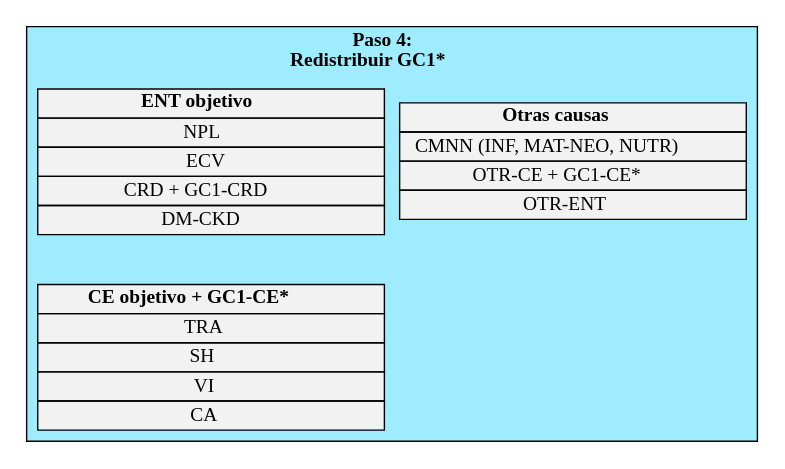
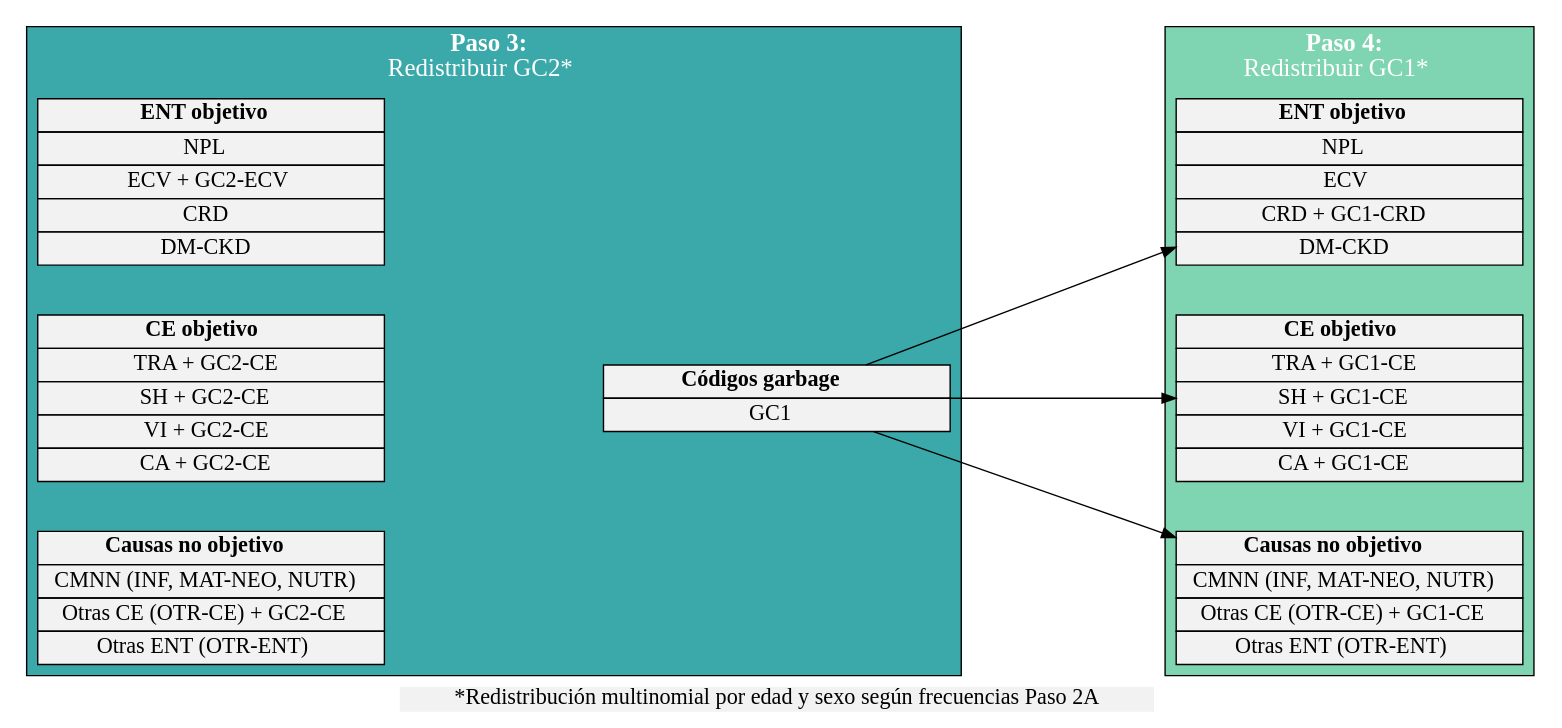
The fifth of 5 diagrams in index.qmd (datos-ine/power_recod_GC), drawn with Graphviz before and after one commit. The commit also changed other lines of this file and 37 other files, not shown here.

````diff
--- a/index.qmd
+++ b/index.qmd
@@ -737,10 +1040,10 @@
 ```{dot}
 //| id: Paso 4
 digraph G {
-    rankdir=LR
+  rankdir=LR
    graph[
-    fontsize = 14
-    fontname="Times-Roman"
+    fontsize = 18
+    fontname="Calibri"
     style = filled
     nodesep=.5
     ranksep=.15
@@ -751,28 +1054,104 @@
     shape = plain
     style = filled
     fillcolor="grey95"
-    fontsize = 14
-    fontname="Times-Roman"
+    fontsize = 16
+    fontname="Calibri"
     width=3.25
    ]
-   subgraph cluster_paso4{    
-    fillcolor= "#80E6FFBF"
-    label = <<b>Paso 4:<br/> Redistribuir GC1*</b>>
-    
-  ent4[label = <
+  
+  subgraph cluster_paso3{  
+    fillcolor=  "#3BA9AA"
+    fontcolor=white
+    label = <<b>Paso 3:</b><br/> Redistribuir GC2*>
+  
+    ent3[label = <
     <table border="0" cellborder = "1" cellspacing  ="0">
     <tr>
     <td width="250"><b>ENT objetivo</b></td>
     </tr>
     <tr>
     <td> NPL </td>
+    </tr>    
+    <tr>
+    <td> ECV + GC2-ECV </td>
     </tr>
     <tr>
-    <td> ECV</td>
+    <td> CRD </td>
+    </tr>    
+    <tr>
+    <td> DM-CKD </td>
+    </tr>
+    </table>
+    >]
+  
+    ce3[label = <
+    <table border="0" cellborder = "1" cellspacing  ="0">
+    <tr>
+    <td width="250"><b>CE objetivo </b></td>
     </tr>
     <tr>
-    <td> CRD + GC1-CRD</td>
+    <td> TRA + GC2-CE </td>
     </tr>
+    <tr>
+    <td> SH + GC2-CE </td>
+    </tr>    
+    <tr>
+    <td> VI + GC2-CE </td>
+    </tr> 
+    <tr>
+    <td> CA + GC2-CE </td>
+    </tr> 
+    </table>
+    >]
+  
+    otras3[label = <
+    <table border="0" cellborder = "1" cellspacing  ="0">
+    <tr>
+    <td width="250"><b>Causas no objetivo</b></td>
+    </tr>
+    <tr>
+    <td port="cmnn"> CMNN (INF, MAT-NEO, NUTR) </td>
+    </tr>
+    <tr>
+    <td> Otras CE (OTR-CE) + GC2-CE </td>
+    </tr>
+    <tr>
+    <td> Otras ENT (OTR-ENT) </td>
+    </tr>
+    </table>
+    >]
+  
+    gc3[label = <
+    <table border="0" cellborder = "1" cellspacing  ="0">
+    <tr>
+    <td width="250"><b>Códigos garbage</b></td>
+    </tr>
+    <tr>
+    <td> GC1 </td>
+    </tr>
+    </table>
+    >]
+   }
+
+   subgraph cluster_paso4{  
+    fillcolor=  "#7FD4B1"
+    fontcolor=white
+    label = <<b>Paso 4:</b><br/> Redistribuir GC1*>
+  
+    ent4[label = <
+    <table border="0" cellborder = "1" cellspacing  ="0">
+    <tr>
+    <td width="250"><b>ENT objetivo</b></td>
+    </tr>
+    <tr>
+    <td> NPL </td>
+    </tr>    
+    <tr>
+    <td> ECV </td>
+    </tr>
+    <tr>
+    <td> CRD + GC1-CRD </td>
+    </tr>    
     <tr>
     <td> DM-CKD </td>
     </tr>
@@ -782,41 +1161,46 @@
     ce4[label = <
     <table border="0" cellborder = "1" cellspacing  ="0">
     <tr>
-    <td width="250"><b>CE objetivo + GC1-CE*</b></td>
+    <td width="250"><b>CE objetivo </b></td>
     </tr>
     <tr>
-    <td> TRA </td>
+    <td> TRA + GC1-CE </td>
     </tr>
     <tr>
-    <td> SH </td>
-    </tr>
+    <td> SH + GC1-CE </td>
+    </tr>    
     <tr>
-    <td> VI </td>
-    </tr>
+    <td> VI + GC1-CE </td>
+    </tr> 
     <tr>
-    <td> CA </td>
-    </tr>
+    <td> CA + GC1-CE </td>
+    </tr> 
     </table>
     >]
   
     otras4[label = <
     <table border="0" cellborder = "1" cellspacing  ="0">
     <tr>
-    <td width="250"><b>Otras causas</b></td>
+    <td width="250"><b>Causas no objetivo</b></td>
     </tr>
     <tr>
-    <td port = "cmnn"> CMNN (INF, MAT-NEO, NUTR) </td>
+    <td port="cmnn"> CMNN (INF, MAT-NEO, NUTR) </td>
     </tr>
     <tr>
-    <td> OTR-CE + GC1-CE*</td>
+    <td> Otras CE (OTR-CE) + GC1-CE </td>
     </tr>
     <tr>
-    <td> OTR-ENT</td>
+    <td> Otras ENT (OTR-ENT) </td>
     </tr>
     </table>
     >]
-  
    }
-   
-   ent4 -> otras4 [style="invis"]}
+
+   t1[label = "*Redistribución multinomial por edad y sexo según frecuencias Paso 2A"]
+
+ce3 -> gc3 [style="invis"]
+otras3 -> t1 [style="invis"]
+gc3 -> {ent4 ce4 otras4}
+
+   }
 ```
````
